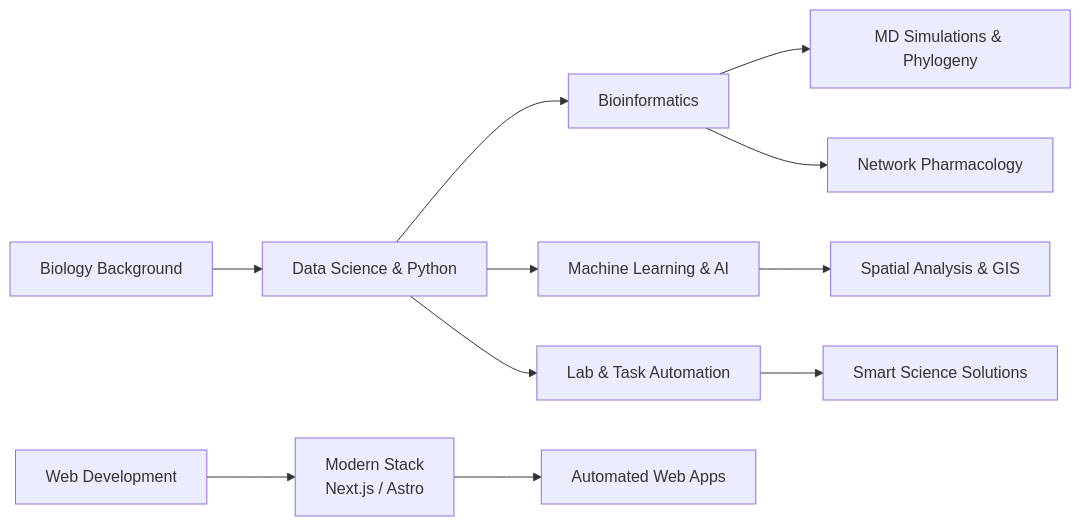
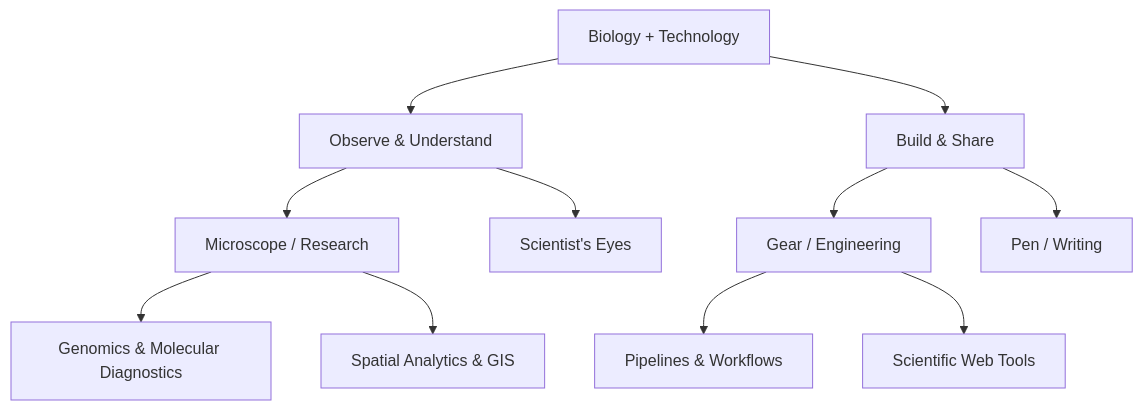
The diagram in README.md (engkinandatama/engkinandatama), drawn with Mermaid before and after one commit. The commit also changed other lines of this file, not shown here.

````diff
--- a/README.md
+++ b/README.md
@@ -71,20 +85,17 @@
 ```mermaid
-graph LR
-    A[Biology Background] --> B[Data Science & Python]
+graph TD
+    Root[Biology + Technology] --> Observe[Observe & Understand]
+    Root --> Build[Build & Share]
     
-    %% Bioinformatics Path
-    B --> C[Bioinformatics]
-    C --> D[MD Simulations & Phylogeny]
-    C --> N[Network Pharmacology]
+    Observe --> Pilar1[Microscope / Research]
+    Observe --> Pilar4[Scientist's Eyes]
     
-    %% ML & GIS Path
-    B --> M[Machine Learning & AI]
-    M --> O[Spatial Analysis & GIS]
+    Pilar1 --> R1[Genomics & Molecular Diagnostics]
+    Pilar1 --> R2[Spatial Analytics & GIS]
     
-    %% Web Development Path
-    B --> E[Lab & Task Automation]
-    E --> F[Smart Science Solutions]
+    Build --> Pilar2[Gear / Engineering]
+    Build --> Pilar3[Pen / Writing]
     
-    G[Web Development] --> H[Modern Stack <br/> Next.js / Astro]
-    H --> I[Automated Web Apps]
+    Pilar2 --> E1[Pipelines & Workflows]
+    Pilar2 --> E2[Scientific Web Tools]
 ```
````
